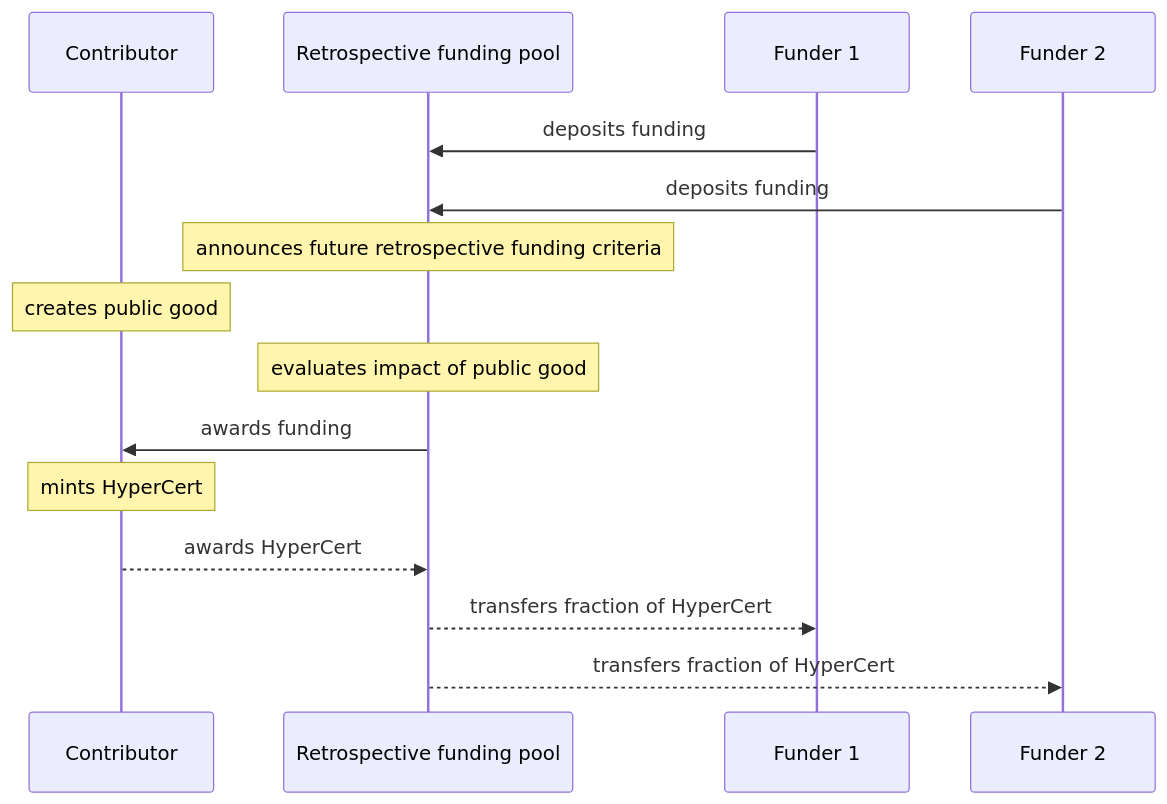
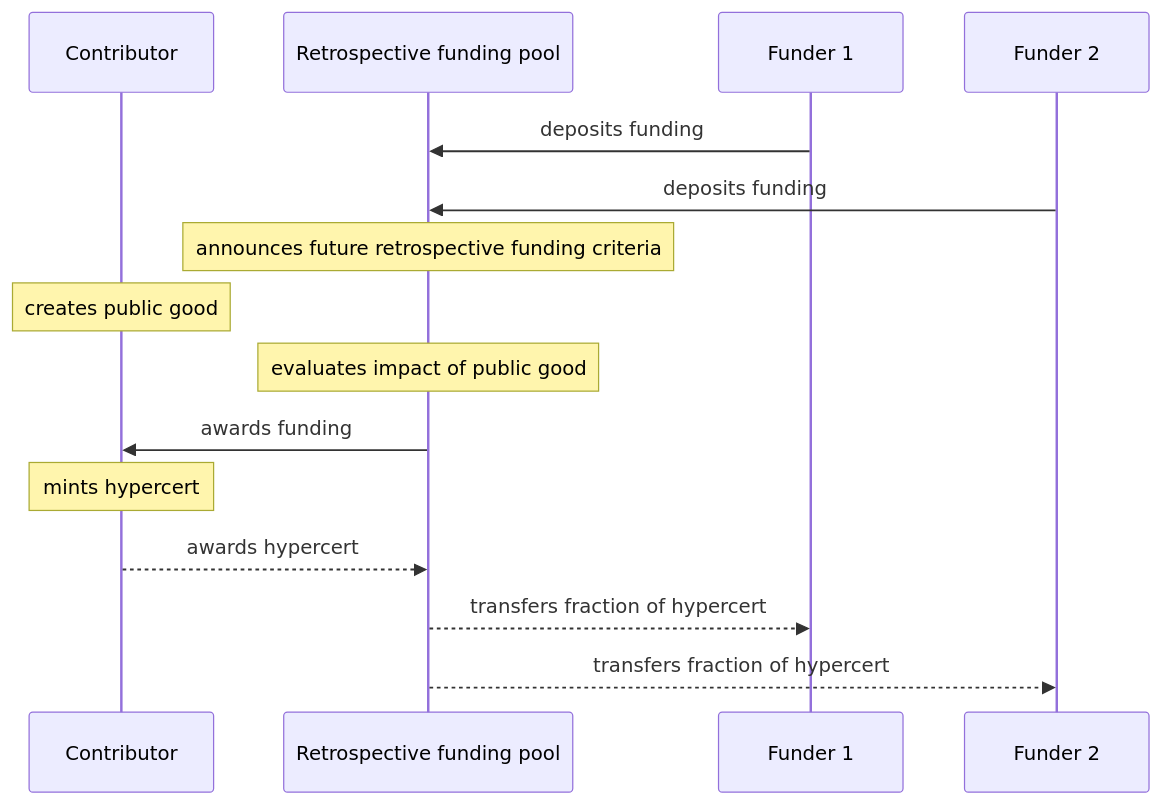
The third of 4 diagrams in docs/scenarios.md (Network-Goods/hypercerts-docs), drawn with Mermaid before and after one commit. The commit also changed other lines of this file and 7 other files, not shown here.

Commit message:
feat: HyperCert -> hypercert

````diff
--- a/docs/scenarios.md
+++ b/docs/scenarios.md
@@ -50,18 +50,18 @@
 ```mermaid
 sequenceDiagram
     participant Contributor
     participant Retrospective funding pool
     participant Funder 1
     participant Funder 2
     Funder 1 ->> Retrospective funding pool: deposits funding
     Funder 2 ->> Retrospective funding pool: deposits funding
     Note over Retrospective funding pool: announces future retrospective funding criteria
     Note over Contributor: creates public good
     Note over Retrospective funding pool: evaluates impact of public good
     Retrospective funding pool ->> Contributor: awards funding
-    Note over Contributor: mints HyperCert
-    Contributor -->> Retrospective funding pool: awards HyperCert
-    Retrospective funding pool -->> Funder 1: transfers fraction of HyperCert
-    Retrospective funding pool -->> Funder 2: transfers fraction of HyperCert
+    Note over Contributor: mints hypercert
+    Contributor -->> Retrospective funding pool: awards hypercert
+    Retrospective funding pool -->> Funder 1: transfers fraction of hypercert
+    Retrospective funding pool -->> Funder 2: transfers fraction of hypercert
     
 ```
````
